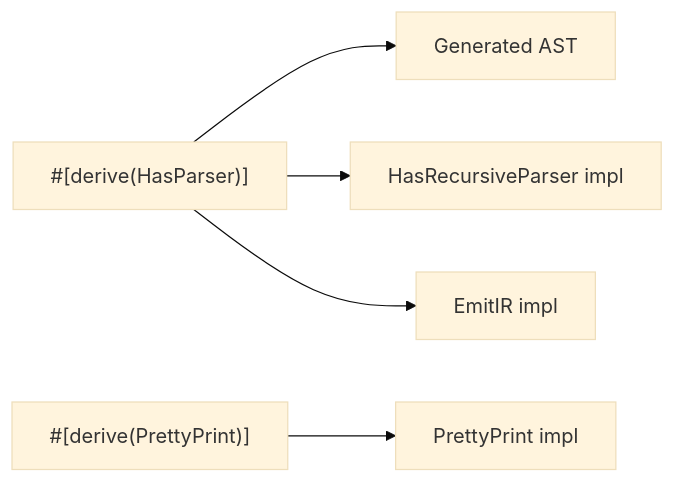
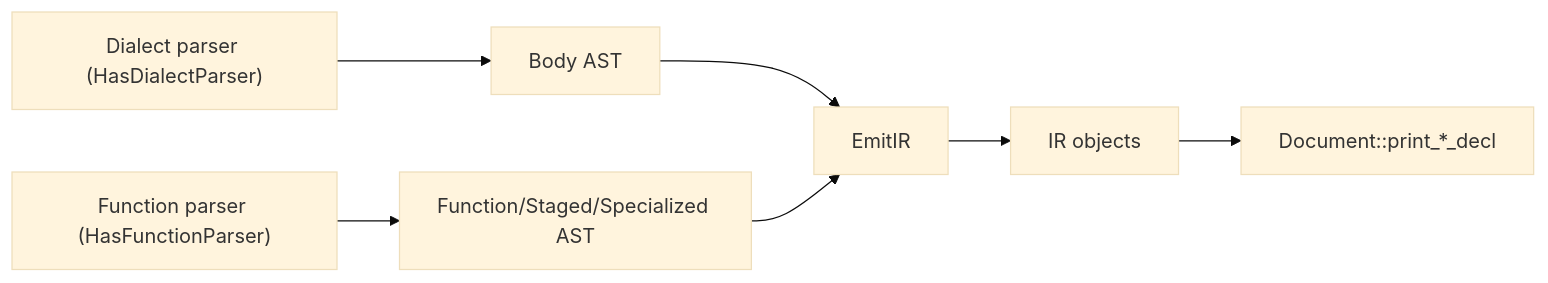
One commit to QuEraComputing/kirin changed the diagram in design/text-format.md. Above: the diagram before and after it, drawn with Mermaid (base theme). The commit also changed other lines of this file and 27 other files, not shown here.

````diff
--- a/design/text-format.md
+++ b/design/text-format.md
@@ -47,7 +271,9 @@
 ```mermaid
 flowchart LR
-    HP["#[derive(HasParser)]"] --> AST["Generated AST"]
-    HP --> Parser["HasRecursiveParser impl"]
-    HP --> Emit["EmitIR impl"]
-    PP["#[derive(PrettyPrint)]"] --> Print["PrettyPrint impl"]
+    DSL["Dialect parser (HasDialectParser)"] --> BodyAST["Body AST"]
+    FUNC["Function parser (HasFunctionParser)"] --> FuncAST["Function/Staged/Specialized AST"]
+    BodyAST --> Emit["EmitIR"]
+    FuncAST --> Emit
+    Emit --> IR["IR objects"]
+    IR --> PP["Document::print_*_decl"]
 ```
````
